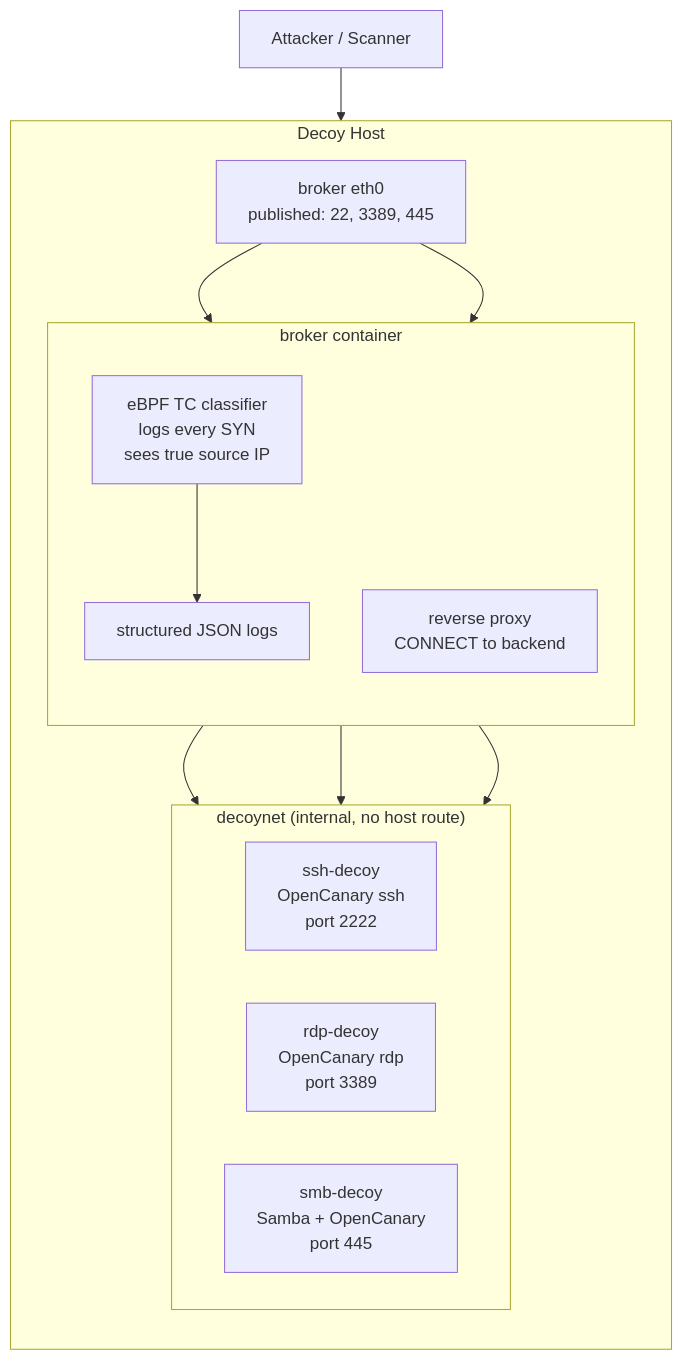
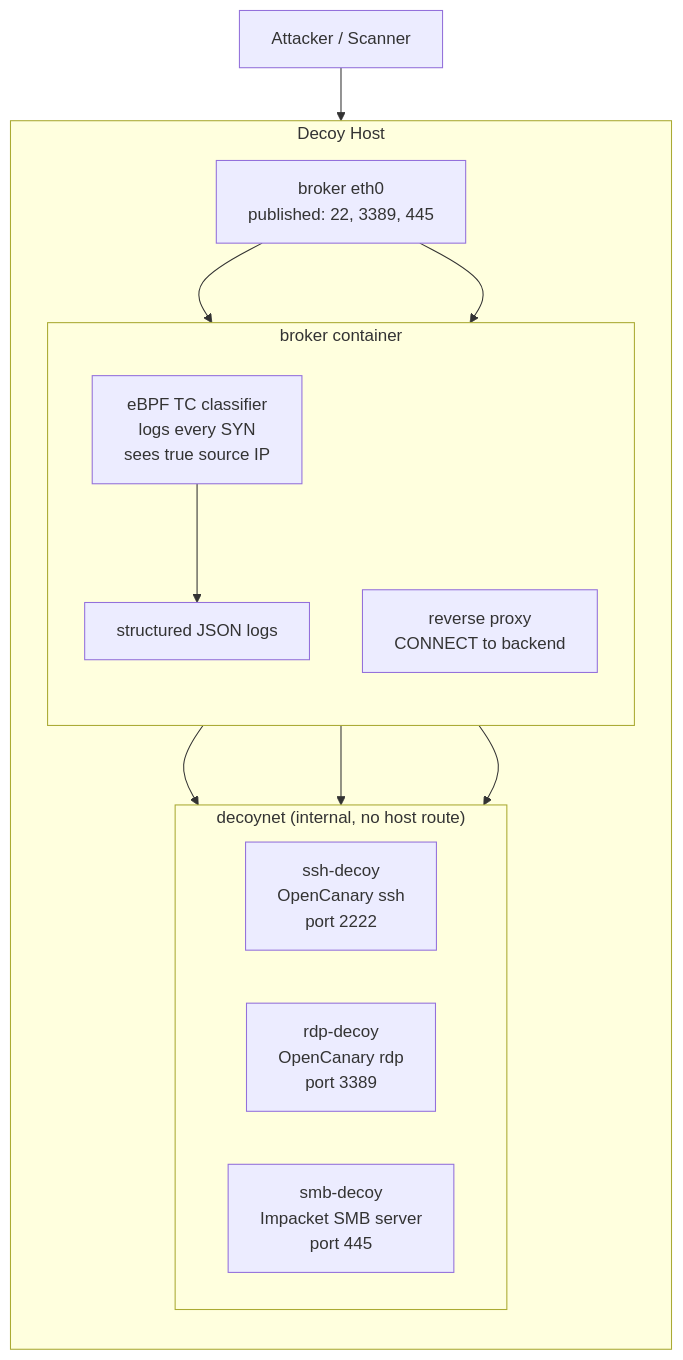
Before and after one commit to secdev02/cyber-decoy: the diagram in README.md, drawn with Mermaid. The commit also changed other lines of this file and 9 other files, not shown here.

````diff
--- a/README.md
+++ b/README.md
@@ -23,32 +23,32 @@
 ```mermaid
 flowchart TB
     A["Attacker / Scanner"]
 
     subgraph host["Decoy Host"]
         direction TB
 
         NIC["broker eth0<br/>published: 22, 3389, 445"]
 
         subgraph brk["broker container"]
             direction TB
             E["eBPF TC classifier<br/>logs every SYN<br/>sees true source IP"]
             P["reverse proxy<br/>CONNECT to backend"]
             L["structured JSON logs"]
         end
 
         subgraph dec["decoynet (internal, no host route)"]
             direction LR
             S["ssh-decoy<br/>OpenCanary ssh<br/>port 2222"]
             D["rdp-decoy<br/>OpenCanary rdp<br/>port 3389"]
-            M["smb-decoy<br/>Samba + OpenCanary<br/>port 445"]
+            M["smb-decoy<br/>Impacket SMB server<br/>port 445"]
         end
     end
 
     A --> NIC
     NIC --> E
     NIC --> P
     E --> L
     P --> S
     P --> D
     P --> M
 ```
````
